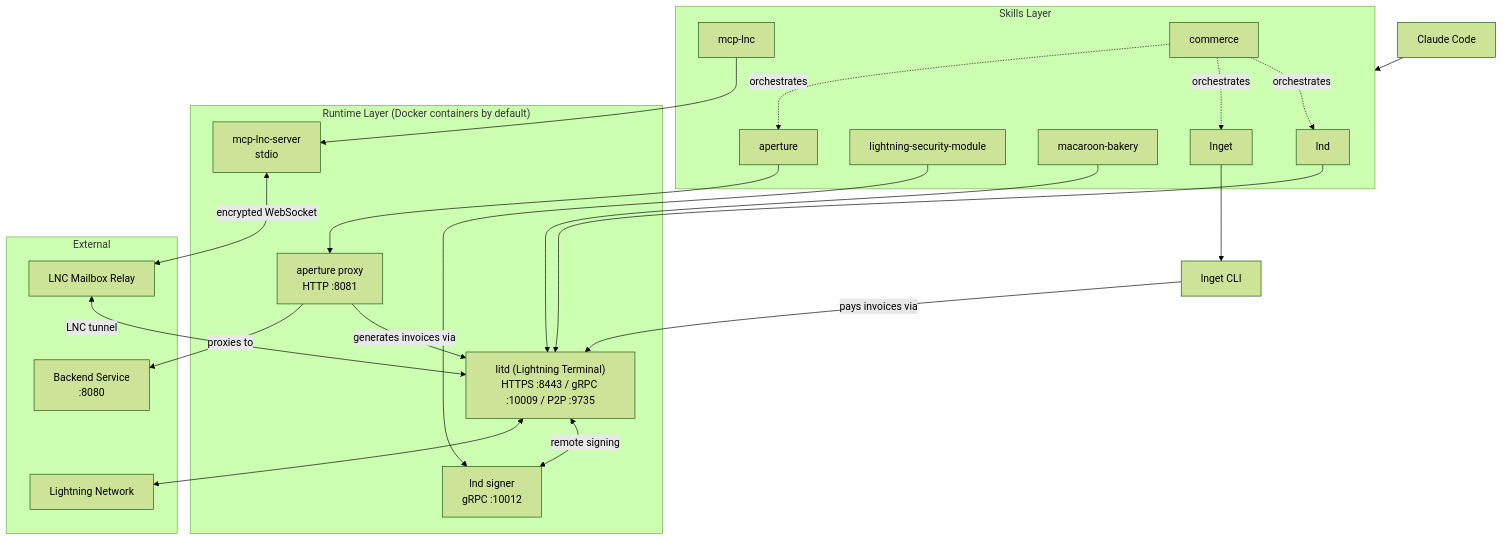
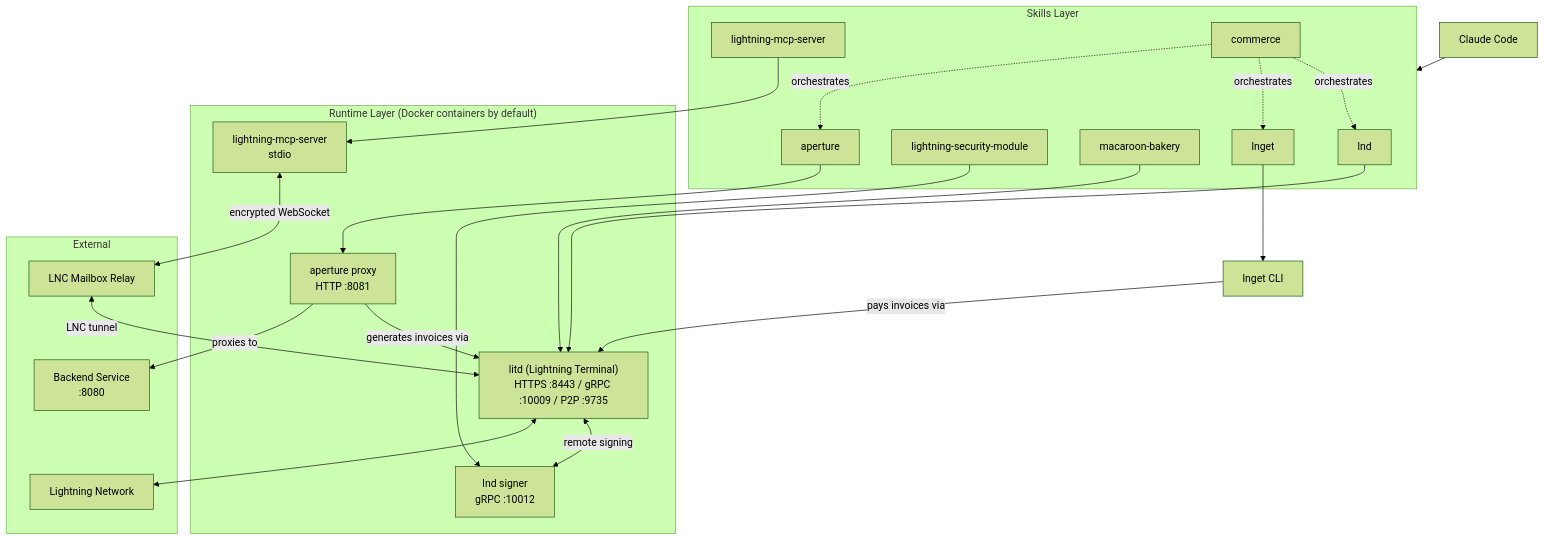
One commit to Liongrass/lightning-agent-tools changed the first of 5 diagrams in docs/architecture.md. Above: the diagram before and after it, drawn with Mermaid (forest theme). The commit also changed other lines of this file and 45 other files, not shown here.

First line of the commit message:
rename: mcp-server -> lightning-mcp-server

````diff
--- a/docs/architecture.md
+++ b/docs/architecture.md
@@ -19,46 +19,46 @@
 ```mermaid
 graph TD
     CC["Claude Code"] --> Skills
 
     subgraph Skills["Skills Layer"]
         lnd["lnd"]
         lsm["lightning-security-module"]
         mb["macaroon-bakery"]
         lnget_skill["lnget"]
         ap["aperture"]
-        mcp["mcp-lnc"]
+        mcp["lightning-mcp-server"]
         com["commerce"]
     end
 
     subgraph Daemons["Runtime Layer (Docker containers by default)"]
         lnd_daemon["litd (Lightning Terminal)<br/>HTTPS :8443 / gRPC :10009 / P2P :9735"]
         signer["lnd signer<br/>gRPC :10012"]
         aperture_daemon["aperture proxy<br/>HTTP :8081"]
-        mcp_server["mcp-lnc-server<br/>stdio"]
+        mcp_server["lightning-mcp-server<br/>stdio"]
     end
 
     subgraph External["External"]
         ln["Lightning Network"]
         mailbox["LNC Mailbox Relay"]
         backend["Backend Service<br/>:8080"]
     end
 
     lnd --> lnd_daemon
     lsm --> signer
     mb --> lnd_daemon
     lnget_skill --> lnget_cli["lnget CLI"]
     ap --> aperture_daemon
     mcp --> mcp_server
 
     lnd_daemon <-->|"remote signing"| signer
     lnd_daemon <--> ln
     lnget_cli -->|"pays invoices via"| lnd_daemon
     aperture_daemon -->|"generates invoices via"| lnd_daemon
     aperture_daemon -->|"proxies to"| backend
     mcp_server <-->|"encrypted WebSocket"| mailbox
     mailbox <-->|"LNC tunnel"| lnd_daemon
 
     com -.->|"orchestrates"| lnd
     com -.->|"orchestrates"| lnget_skill
     com -.->|"orchestrates"| ap
 ```
````
